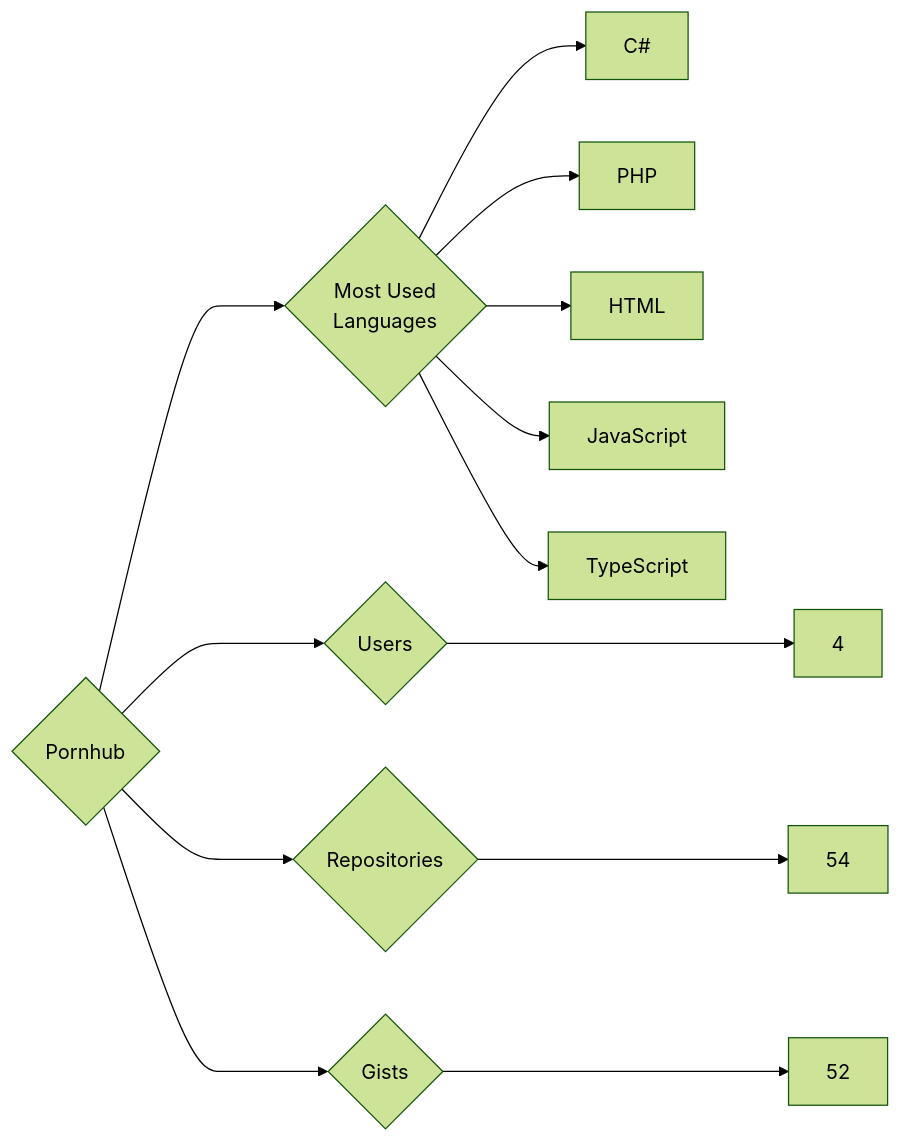
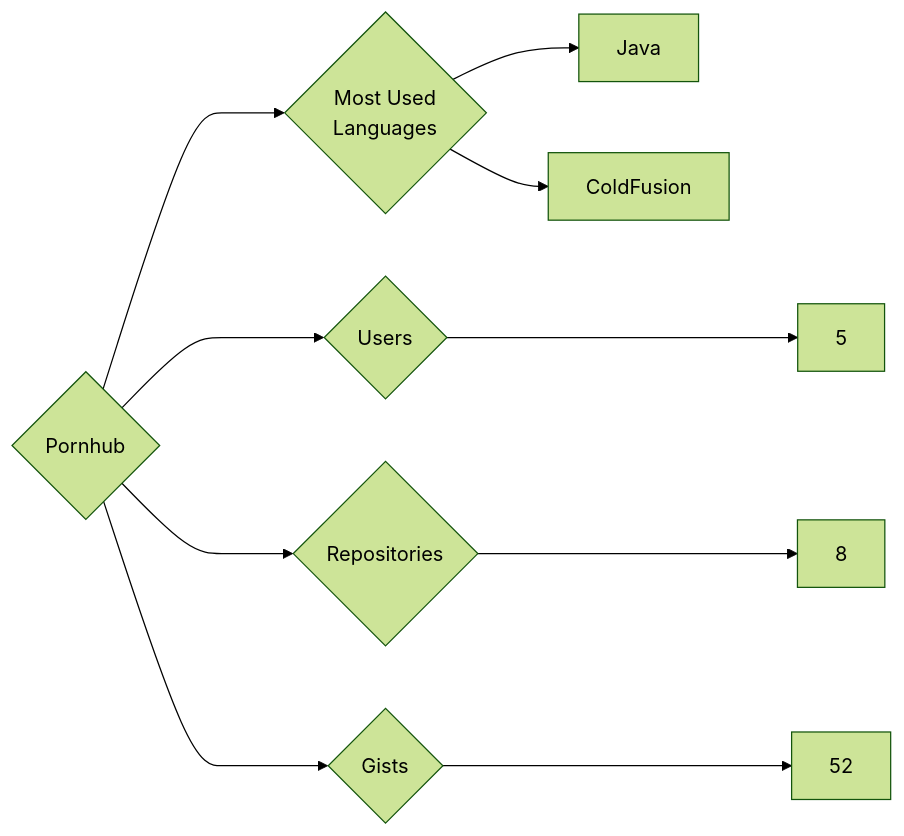
Before and after one commit to trickest/insiders: the diagram in targets/Pornhub/README.md, drawn with Mermaid (forest theme). The commit also changed 877 other files, not shown here.

````diff
--- a/targets/Pornhub/README.md
+++ b/targets/Pornhub/README.md
@@ -3,13 +3,10 @@
 ```mermaid
 graph LR
 COMPANY_NAME{Pornhub}
-COMPANY_NAME ---> U{Users} ---> UN[4]
-COMPANY_NAME ---> R{Repositories} ---> RN[54]
+COMPANY_NAME ---> U{Users} ---> UN[5]
+COMPANY_NAME ---> R{Repositories} ---> RN[8]
 COMPANY_NAME ---> G{Gists} ---> GN[52]
 COMPANY_NAME ---> ML{Most Used<br>Languages}
-ML --> C#[C#]
-ML --> PHP[PHP]
-ML --> HTML[HTML]
-ML --> JavaScript[JavaScript]
-ML --> TypeScript[TypeScript]
+ML --> Java[Java]
+ML --> ColdFusion[ColdFusion]
 ```
````
